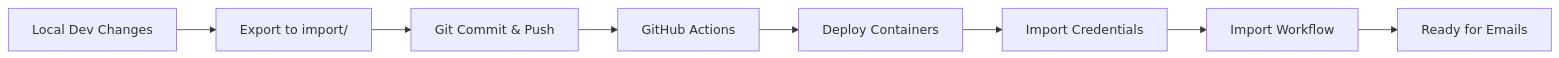
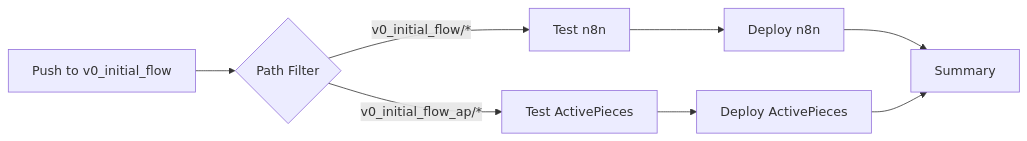
The diagram in v0_initial_flow_ap/DEPLOYMENT.md (mpbrigham/materials-archive-extraction), drawn with Mermaid before and after one commit. The commit also changed other lines of this file and 7 other files, not shown here.

````diff
--- a/v0_initial_flow_ap/DEPLOYMENT.md
+++ b/v0_initial_flow_ap/DEPLOYMENT.md
@@ -250,10 +258,10 @@
 ```mermaid
 graph LR
-    A[Local Dev Changes] --> B[Export to import/]
-    B --> C[Git Commit & Push]
-    C --> D[GitHub Actions]
-    D --> E[Deploy Containers]
-    E --> F[Import Credentials]
-    F --> G[Import Workflow]
-    G --> H[Ready for Emails]
+    A[Push to v0_initial_flow] --> B{Path Filter}
+    B -->|v0_initial_flow/*| C[Test n8n]
+    B -->|v0_initial_flow_ap/*| D[Test ActivePieces]
+    C --> E[Deploy n8n]
+    D --> F[Deploy ActivePieces]
+    E --> G[Summary]
+    F --> G
 ```
````
